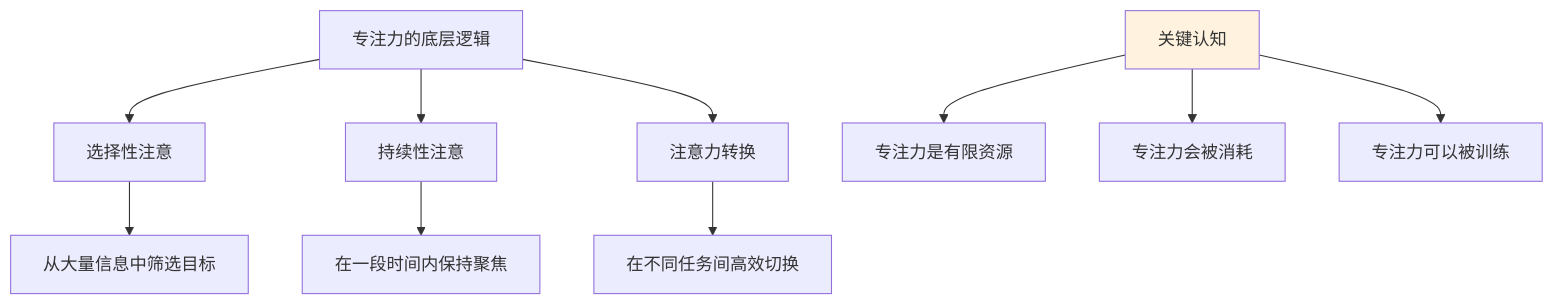
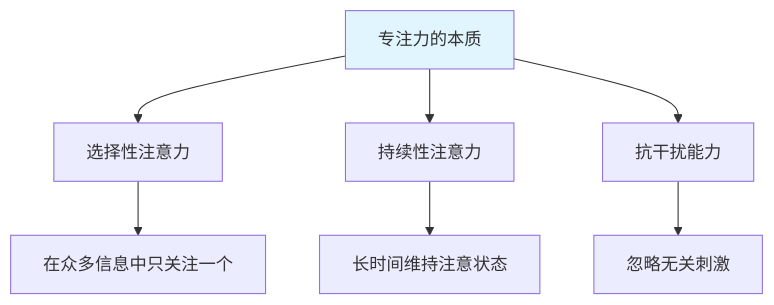
One commit to chongyang211/YCBookBlog changed the first of 7 diagrams in 10.打工充平常记录/10.自我精进七课/07.底层思维的训练/7.1专注能力的提升.md. Above: the diagram before and after it, drawn with Mermaid. The commit also changed other lines of this file and 55 other files, not shown here.

````diff
--- a/10.打工充平常记录/10.自我精进七课/07.底层思维的训练/7.1专注能力的提升.md
+++ b/10.打工充平常记录/10.自我精进七课/07.底层思维的训练/7.1专注能力的提升.md
@@ -53,13 +39,10 @@
 ```mermaid
 graph TD
-    A[专注力的底层逻辑] --> B[选择性注意]
-    A --> C[持续性注意]
-    A --> D[注意力转换]
-    B --> B1[从大量信息中筛选目标]
-    C --> C1[在一段时间内保持聚焦]
-    D --> D1[在不同任务间高效切换]
-    E[关键认知] --> E1[专注力是有限资源]
-    E --> E2[专注力会被消耗]
-    E --> E3[专注力可以被训练]
-    style E fill:#fff3e0
+    A[专注力的本质] --> B[选择性注意力]
+    A --> C[持续性注意力]
+    A --> D[抗干扰能力]
+    B --> B1[在众多信息中只关注一个]
+    C --> C1[长时间维持注意状态]
+    D --> D1[忽略无关刺激]
+    style A fill:#e1f5fe
 ```
````
